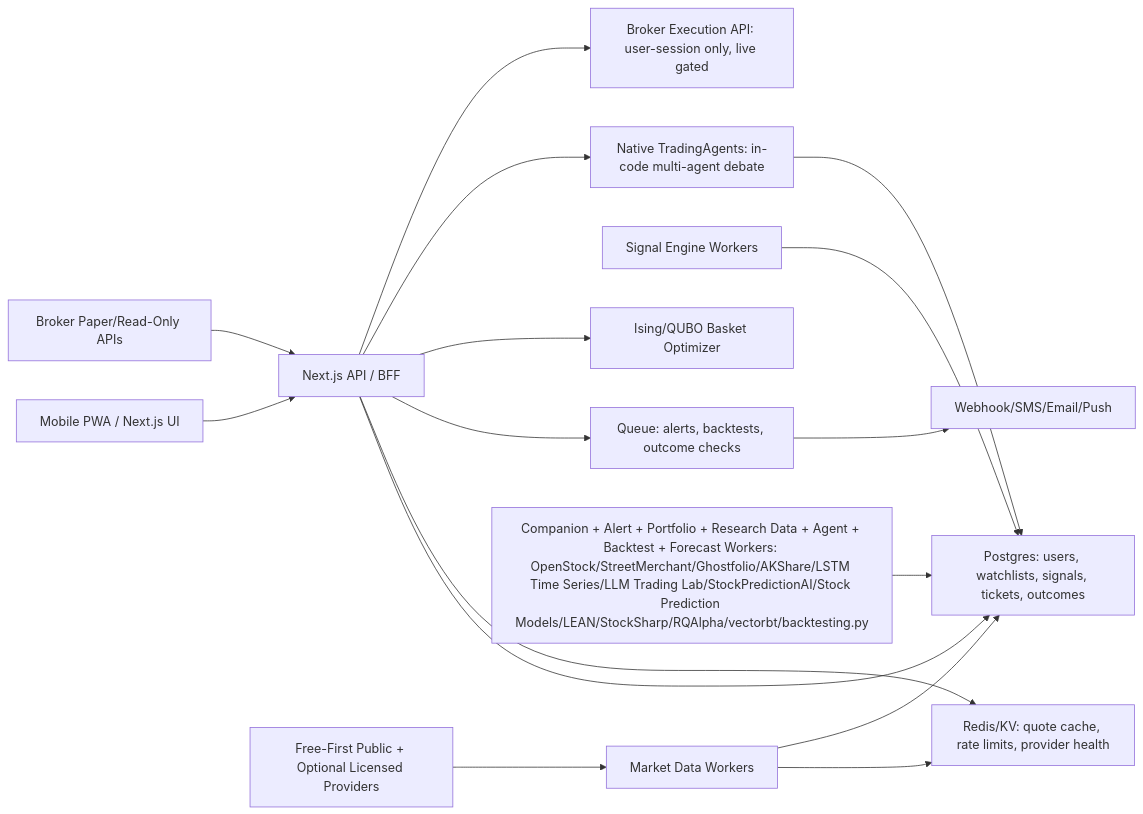
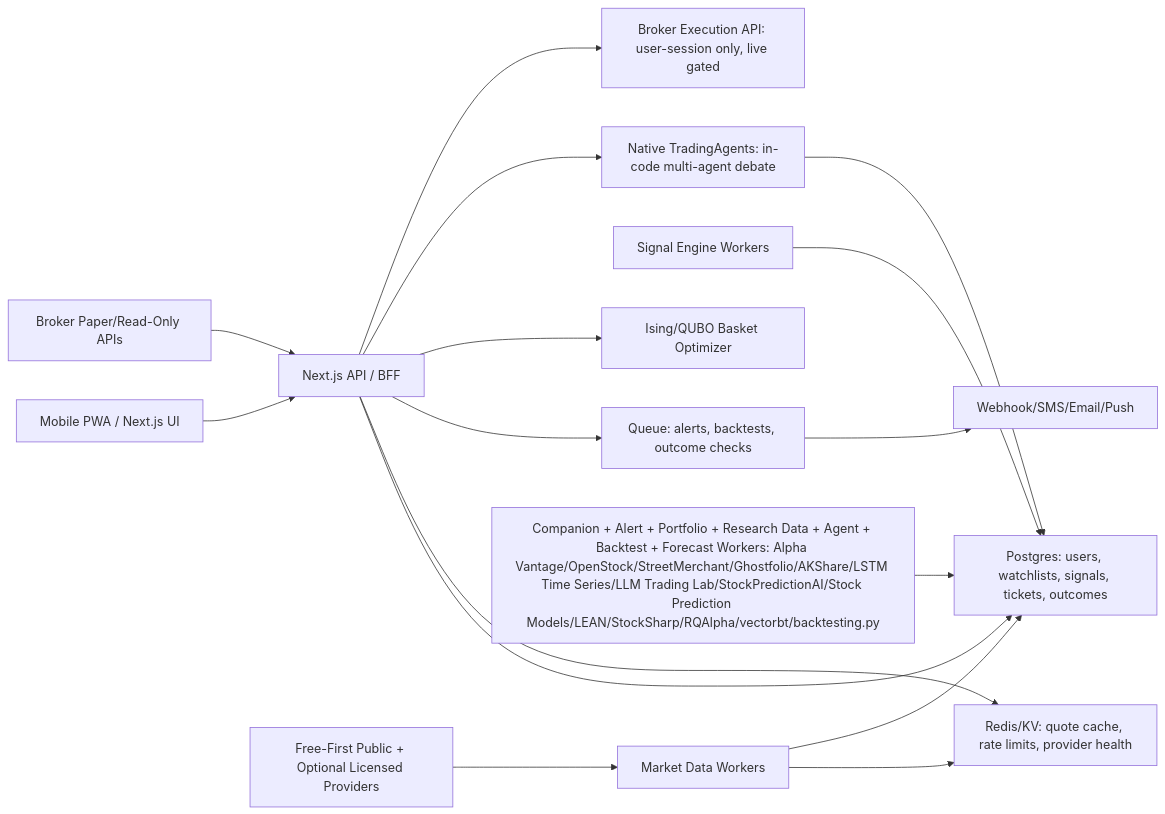
One commit to pinohu/trading-intel changed the diagram in docs/ARCHITECTURE.md. Above: the diagram before and after it, drawn with Mermaid. The commit also changed other lines of this file and 14 other files, not shown here.

Commit message:
Add Alpha Vantage data worker lane

````diff
--- a/docs/ARCHITECTURE.md
+++ b/docs/ARCHITECTURE.md
@@ -35,18 +35,18 @@
 ```mermaid
 flowchart LR
   UI["Mobile PWA / Next.js UI"] --> BFF["Next.js API / BFF"]
   BFF --> DB["Postgres: users, watchlists, signals, tickets, outcomes"]
   BFF --> Cache["Redis/KV: quote cache, rate limits, provider health"]
   BFF --> Queue["Queue: alerts, backtests, outcome checks"]
   DataWorker["Market Data Workers"] --> Cache
   DataWorker --> DB
   Providers["Free-First Public + Optional Licensed Providers"] --> DataWorker
   SignalWorker["Signal Engine Workers"] --> DB
   BFF --> Ising["Ising/QUBO Basket Optimizer"]
   BFF --> TradingAgents["Native TradingAgents: in-code multi-agent debate"]
   TradingAgents --> DB
-  BacktestWorker["Companion + Alert + Portfolio + Research Data + Agent + Backtest + Forecast Workers: OpenStock/StreetMerchant/Ghostfolio/AKShare/LSTM Time Series/LLM Trading Lab/StockPredictionAI/Stock Prediction Models/LEAN/StockSharp/RQAlpha/vectorbt/backtesting.py"] --> DB
+  BacktestWorker["Companion + Alert + Portfolio + Research Data + Agent + Backtest + Forecast Workers: Alpha Vantage/OpenStock/StreetMerchant/Ghostfolio/AKShare/LSTM Time Series/LLM Trading Lab/StockPredictionAI/Stock Prediction Models/LEAN/StockSharp/RQAlpha/vectorbt/backtesting.py"] --> DB
   Broker["Broker Paper/Read-Only APIs"] --> BFF
   BFF --> BrokerExec["Broker Execution API: user-session only, live gated"]
   Queue --> Alerts["Webhook/SMS/Email/Push"]
 ```
````
